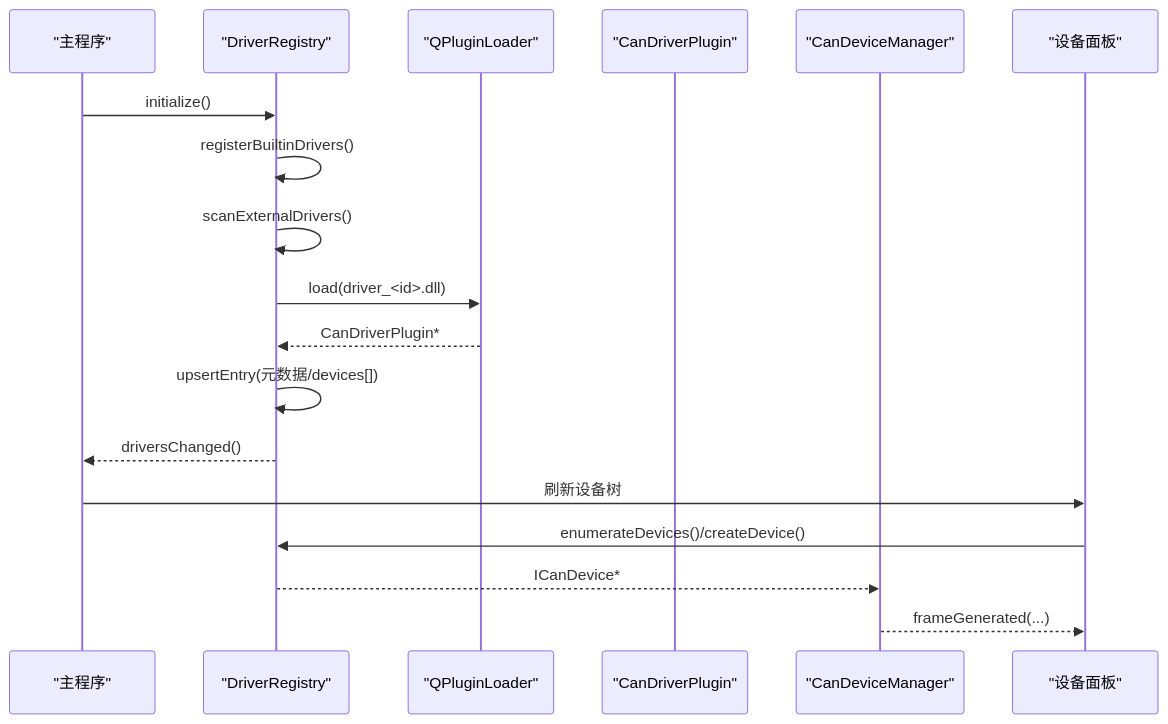
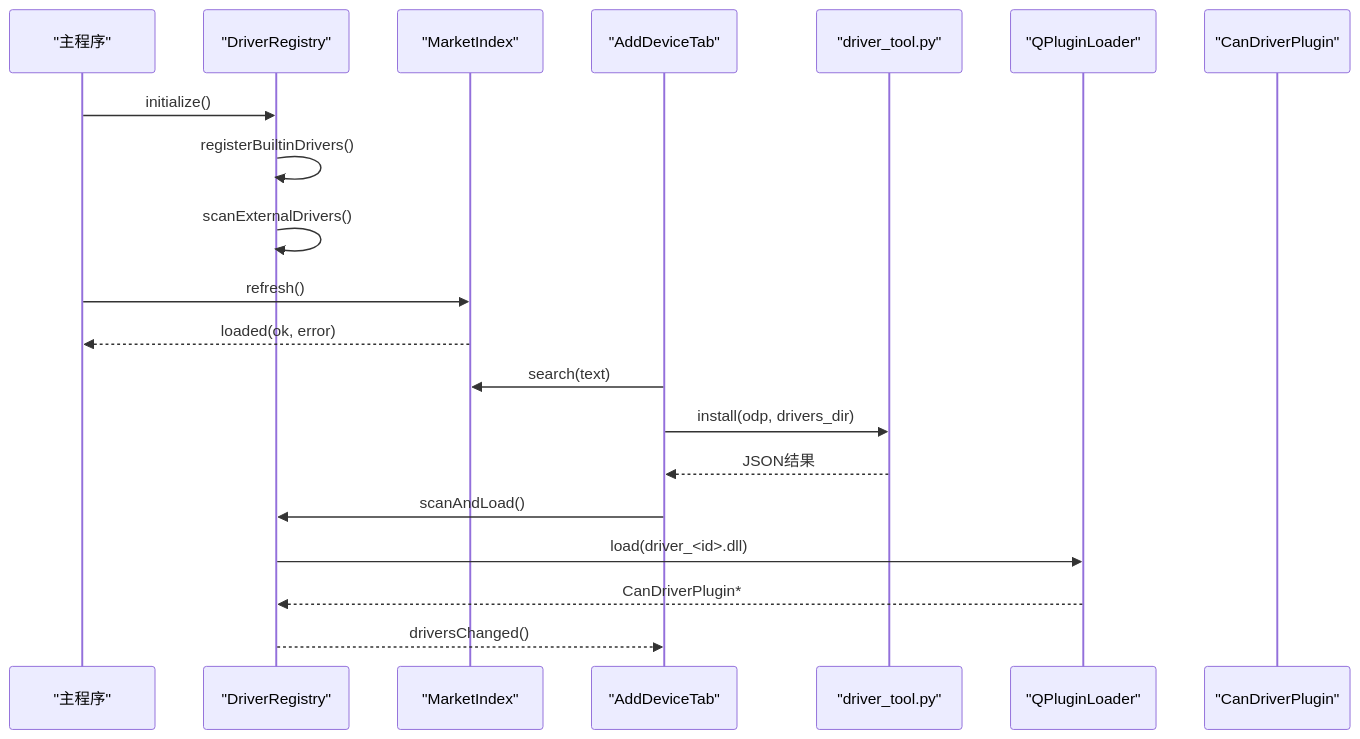
The second of 9 diagrams in .qoder/repowiki/zh/content/架构设计/驱动系统方案.md (jakecai1225-design/OpenBus), drawn with Mermaid before and after one commit. The commit also changed other lines of this file and 40 other files, not shown here.

````diff
--- a/.qoder/repowiki/zh/content/架构设计/驱动系统方案.md
+++ b/.qoder/repowiki/zh/content/架构设计/驱动系统方案.md
@@ -78,20 +97,22 @@
 ```mermaid
 sequenceDiagram
 participant App as "主程序"
 participant Reg as "DriverRegistry"
+participant Index as "MarketIndex"
+participant UI as "AddDeviceTab"
+participant Tool as "driver_tool.py"
 participant Loader as "QPluginLoader"
 participant Plugin as "CanDriverPlugin"
-participant DevMgr as "CanDeviceManager"
-participant UI as "设备面板"
 App->>Reg : initialize()
 Reg->>Reg : registerBuiltinDrivers()
 Reg->>Reg : scanExternalDrivers()
+App->>Index : refresh()
+Index-->>App : loaded(ok, error)
+UI->>Index : search(text)
+UI->>Tool : install(odp, drivers_dir)
+Tool-->>UI : JSON结果
+UI->>Reg : scanAndLoad()
 Reg->>Loader : load(driver_<id>.dll)
 Loader-->>Reg : CanDriverPlugin*
-Reg->>Reg : upsertEntry(元数据/devices[])
-Reg-->>App : driversChanged()
-App->>UI : 刷新设备树
-UI->>Reg : enumerateDevices()/createDevice()
-Reg-->>DevMgr : ICanDevice*
-DevMgr-->>UI : frameGenerated(...)
+Reg-->>UI : driversChanged()
 ```
````
